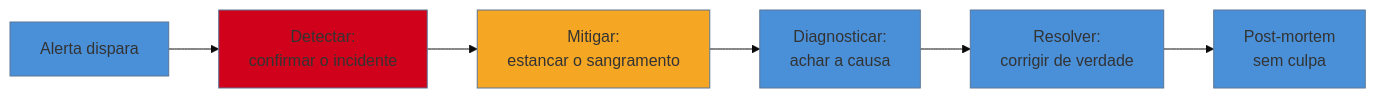
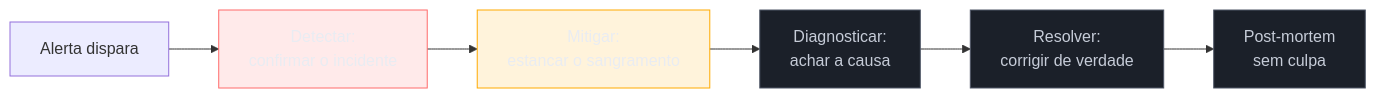
Before and after one commit to josenaldo/codex-technomanticus: the first of 3 diagrams in 03-Dominios/Engenharia/Arqueologia e Restauração de Software/26 - Firefighting em produção.md, drawn with Mermaid. The commit also changed other lines of this file and 1181 other files, not shown here.

First line of the commit message:
fix(diagramas): paleta do sistema no lugar de cor cravada no markdown

````diff
--- a/03-Dominios/Engenharia/Arqueologia e Restauração de Software/26 - Firefighting em produção.md
+++ b/03-Dominios/Engenharia/Arqueologia e Restauração de Software/26 - Firefighting em produção.md
@@ -40,14 +40,16 @@
 ```mermaid
-%%{init: {"theme": "base", "themeVariables": {"primaryColor": "#4A90D9"}}}%%
 flowchart LR
+    classDef falha fill:#FF6B6B24,stroke:#FF6B6B,color:#E9ECF2
+    classDef destaque fill:#FFAA0024,stroke:#FFAA00,color:#E9ECF2
+    classDef neutro fill:#1B2029,stroke:#4E5666,color:#C6CCD8
     A[Alerta dispara] --> B[Detectar:<br/>confirmar o incidente]
     B --> C[Mitigar:<br/>estancar o sangramento]
     C --> D[Diagnosticar:<br/>achar a causa]
     D --> E[Resolver:<br/>corrigir de verdade]
     E --> F[Post-mortem<br/>sem culpa]
-    style B fill:#D0021B
-    style C fill:#F5A623
-    style D fill:#4A90D9
-    style E fill:#4A90D9
-    style F fill:#4A90D9
+    class B falha
+    class C destaque
+    class D neutro
+    class E neutro
+    class F neutro
 ```
````
